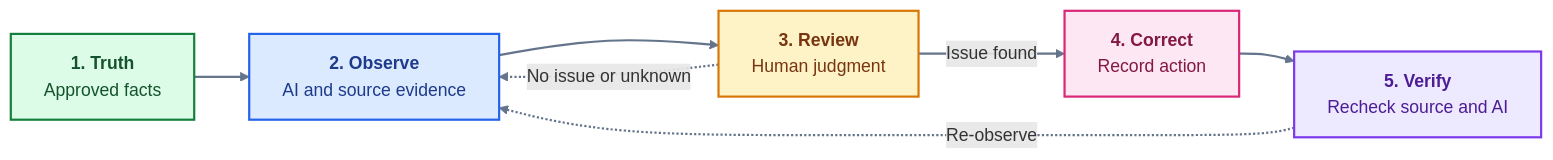
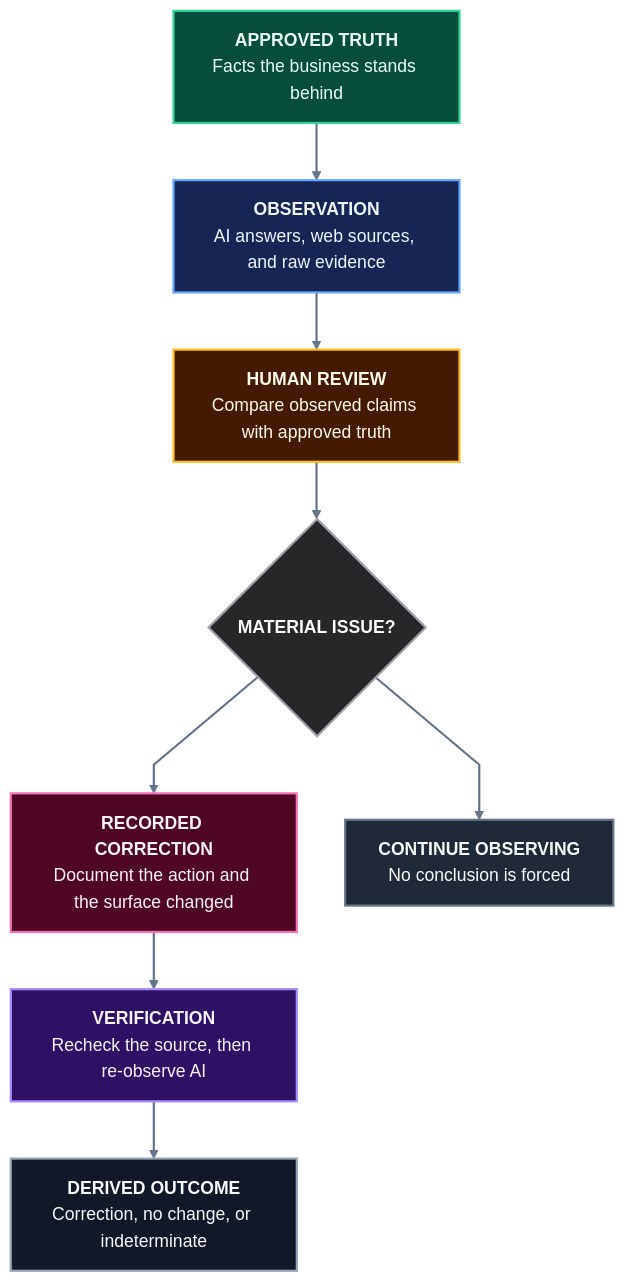
The diagram in README.md (commonfields/ghostping), drawn with Mermaid before and after one commit. The commit also changed other lines of this file, not shown here.

Commit message:
docs(readme): redesign the evidence workflow

````diff
--- a/README.md
+++ b/README.md
@@ -20,27 +20,35 @@
 ```mermaid
-%%{init: {"flowchart": {"useMaxWidth": true, "htmlLabels": true, "curve": "basis"}}}%%
-flowchart LR
-    truth["<b>1. Truth</b><br/>Approved facts"]
-    observe["<b>2. Observe</b><br/>AI and source evidence"]
-    review["<b>3. Review</b><br/>Human judgment"]
-    correct["<b>4. Correct</b><br/>Record action"]
-    verify["<b>5. Verify</b><br/>Recheck source and AI"]
+%%{init: {"flowchart": {"useMaxWidth": true, "htmlLabels": true, "curve": "linear", "nodeSpacing": 44, "rankSpacing": 52}}}%%
+flowchart TB
+    truth["<b>APPROVED TRUTH</b><br/>Facts the business stands behind"]
+    observe["<b>OBSERVATION</b><br/>AI answers, web sources, and raw evidence"]
+    review["<b>HUMAN REVIEW</b><br/>Compare observed claims with approved truth"]
+    decision{"<b>MATERIAL ISSUE?</b>"}
+    correct["<b>RECORDED CORRECTION</b><br/>Document the action and the surface changed"]
+    verify["<b>VERIFICATION</b><br/>Recheck the source, then re-observe AI"]
+    outcome["<b>DERIVED OUTCOME</b><br/>Correction, no change, or indeterminate"]
+    monitor["<b>CONTINUE OBSERVING</b><br/>No conclusion is forced"]
 
-    truth --> observe --> review
-    review -->|Issue found| correct --> verify
-    review -. No issue or unknown .-> observe
-    verify -. Re-observe .-> observe
+    truth --> observe --> review --> decision
+    decision --> correct --> verify --> outcome
+    decision --> monitor
 
-    classDef truth fill:#DCFCE7,stroke:#15803D,color:#14532D,stroke-width:2px;
-    classDef observe fill:#DBEAFE,stroke:#2563EB,color:#1E3A8A,stroke-width:2px;
-    classDef review fill:#FEF3C7,stroke:#D97706,color:#78350F,stroke-width:2px;
-    classDef correct fill:#FCE7F3,stroke:#DB2777,color:#831843,stroke-width:2px;
-    classDef verify fill:#EDE9FE,stroke:#7C3AED,color:#4C1D95,stroke-width:2px;
+    classDef truth fill:#064E3B,stroke:#34D399,color:#ECFDF5,stroke-width:2px;
+    classDef observe fill:#172554,stroke:#60A5FA,color:#EFF6FF,stroke-width:2px;
+    classDef review fill:#451A03,stroke:#FBBF24,color:#FFFBEB,stroke-width:2px;
+    classDef decision fill:#27272A,stroke:#A1A1AA,color:#FAFAFA,stroke-width:2px;
+    classDef correct fill:#500724,stroke:#F472B6,color:#FDF2F8,stroke-width:2px;
+    classDef verify fill:#2E1065,stroke:#A78BFA,color:#F5F3FF,stroke-width:2px;
+    classDef outcome fill:#111827,stroke:#94A3B8,color:#F8FAFC,stroke-width:2px;
+    classDef monitor fill:#1F2937,stroke:#64748B,color:#F8FAFC,stroke-width:2px;
 
     class truth truth;
     class observe observe;
     class review review;
+    class decision decision;
     class correct correct;
     class verify verify;
+    class outcome outcome;
+    class monitor monitor;
     linkStyle default stroke:#64748B,stroke-width:2px;
 ```
````
